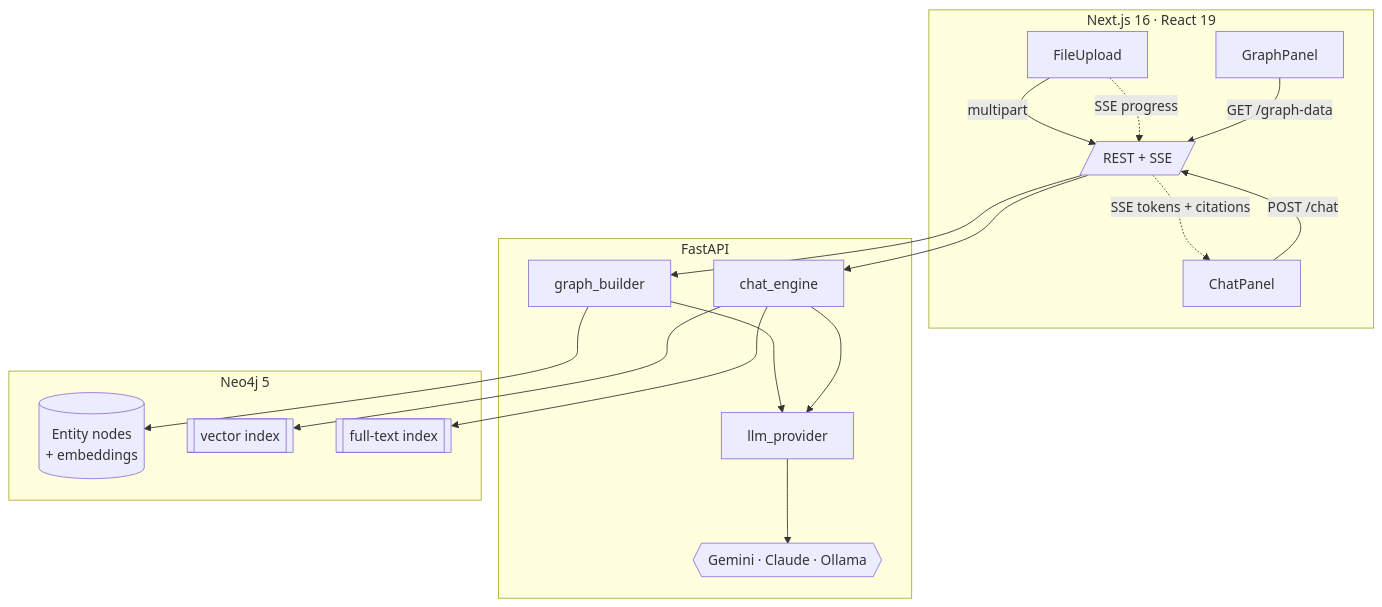
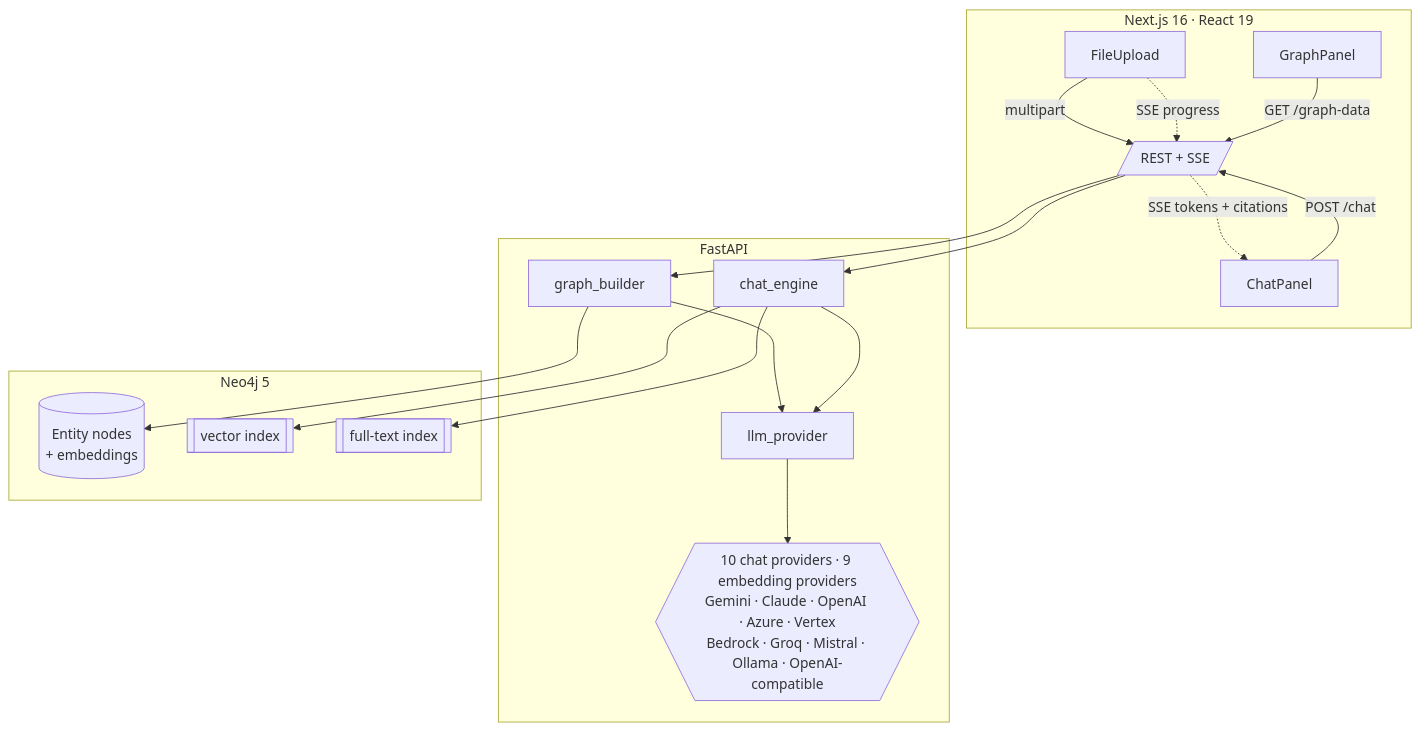
One commit to ahmedmaaloul/synapse changed the first of 5 diagrams in ARCHITECTURE.md. Above: the diagram before and after it, drawn with Mermaid. The commit also changed other lines of this file and 84 other files, not shown here.

First line of the commit message:
feat: GraphRAG brain — entity resolution, communities, multi-hop, source chunks

````diff
--- a/ARCHITECTURE.md
+++ b/ARCHITECTURE.md
@@ -10,28 +10,28 @@
 ```mermaid
 flowchart TB
     subgraph Client [Next.js 16 · React 19]
         UP[FileUpload] -->|multipart| API
         UP -.->|SSE progress| API
         CH[ChatPanel] -->|POST /chat| API
         API -.->|SSE tokens + citations| CH
         GP[GraphPanel] -->|GET /graph-data| API
     end
 
     subgraph Engine [FastAPI]
         API[/REST + SSE/] --> GB[graph_builder]
         API --> CE[chat_engine]
         GB --> LP[llm_provider]
         CE --> LP
-        LP --> EXT{{Gemini · Claude · Ollama}}
+        LP --> EXT{{"10 chat providers · 9 embedding providers<br/>Gemini · Claude · OpenAI · Azure · Vertex<br/>Bedrock · Groq · Mistral · Ollama · OpenAI-compatible"}}
     end
 
     subgraph Data [Neo4j 5]
         NODES[(Entity nodes<br/>+ embeddings)]
         VIDX[[vector index]]
         FIDX[[full-text index]]
     end
 
     GB --> NODES
     CE --> VIDX
     CE --> FIDX
 ```
````
